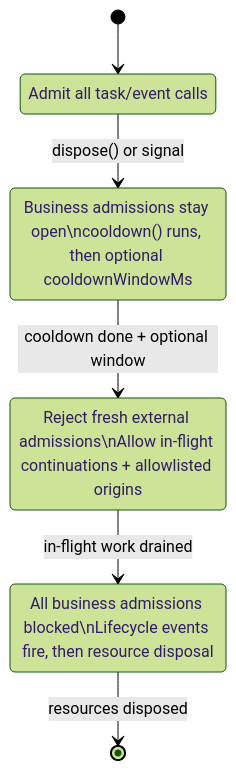
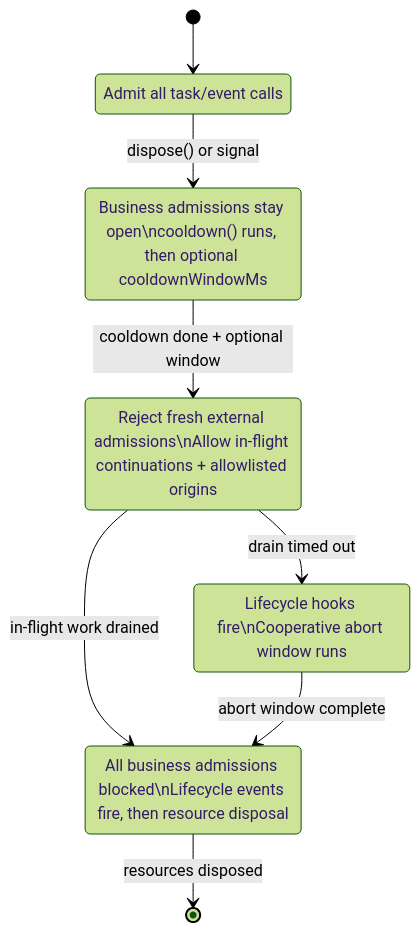
Before and after one commit to bluelibs/runner: the first of 3 diagrams in guide-units/03-runtime-lifecycle.md, drawn with Mermaid (forest theme). The commit also changed other lines of this file and 36 other files, not shown here.

````diff
--- a/guide-units/03-runtime-lifecycle.md
+++ b/guide-units/03-runtime-lifecycle.md
@@ -216,13 +219,16 @@
 ```mermaid
 stateDiagram-v2
     [*] --> running
     running --> coolingDown : dispose() or signal
     coolingDown --> disposing : cooldown done + optional window
+    disposing --> aborting : drain timed out
     disposing --> drained : in‑flight work drained
+    aborting --> drained : abort window complete
     drained --> [*] : resources disposed
 
     running : Admit all task/event calls
     coolingDown : Business admissions stay open\ncooldown() runs, then optional cooldownWindowMs
     disposing : Reject fresh external admissions\nAllow in‑flight continuations + allowlisted origins
+    aborting : Lifecycle hooks fire\nCooperative abort window runs
     drained : All business admissions blocked\nLifecycle events fire, then resource disposal
 ```
````
